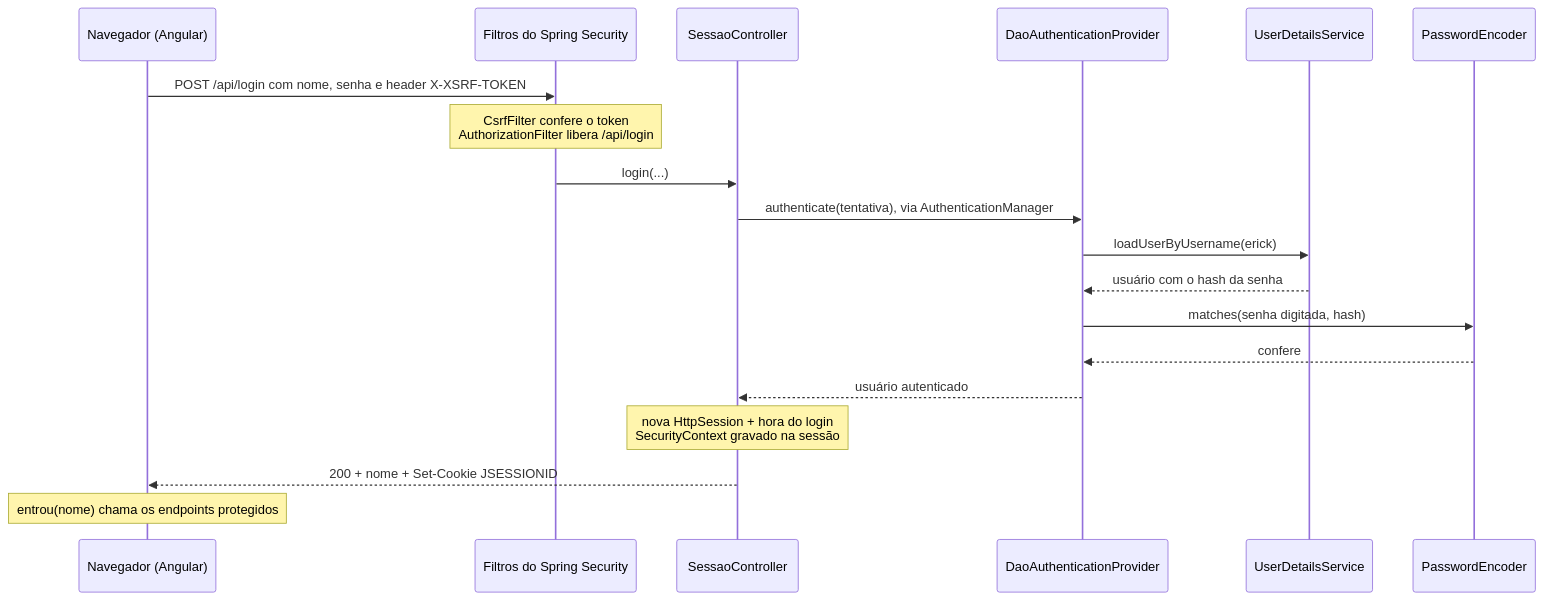
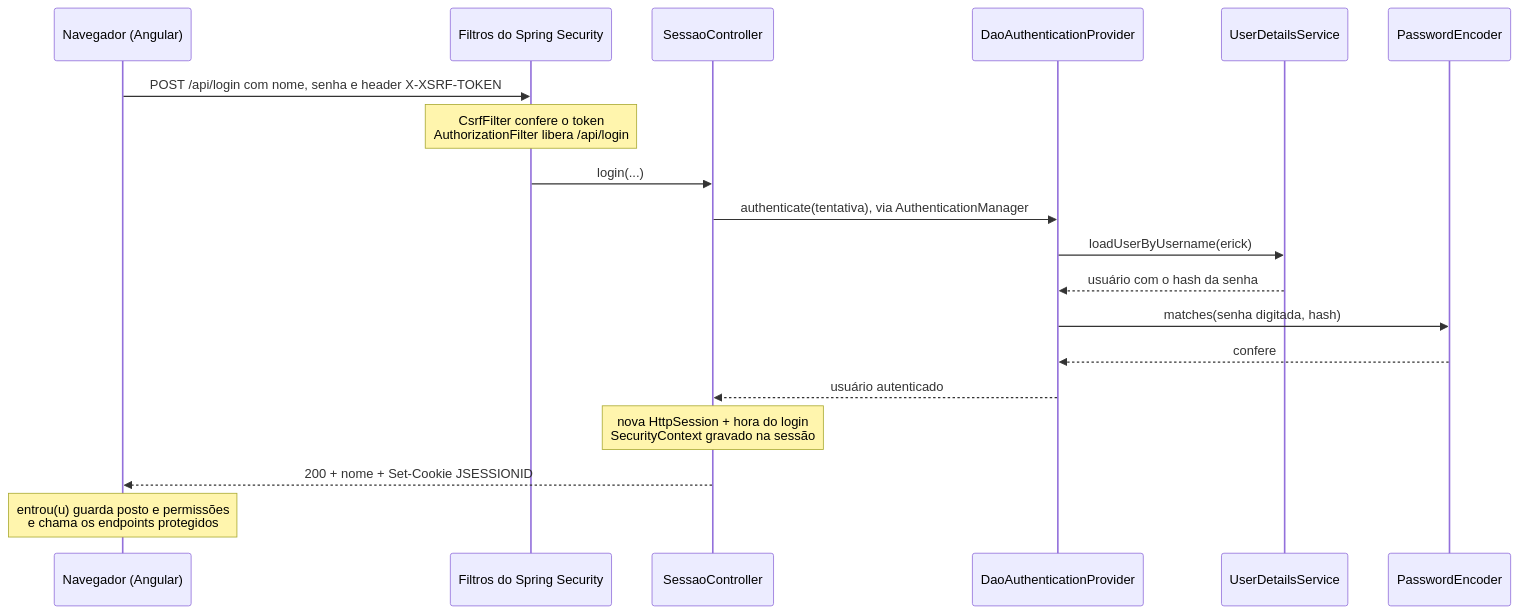
The fifth of 7 diagrams in CURSO.md (erickdeoliveiraleal/hello-angular), drawn with Mermaid before and after one commit. The commit also changed other lines of this file and 9 other files, not shown here.

First line of the commit message:
Posto de trabalho e permissões

````diff
--- a/CURSO.md
+++ b/CURSO.md
@@ -975,21 +1108,21 @@
 ```mermaid
 sequenceDiagram
     participant N as Navegador (Angular)
     participant F as Filtros do Spring Security
     participant C as SessaoController
     participant M as DaoAuthenticationProvider
     participant U as UserDetailsService
     participant E as PasswordEncoder
     N->>F: POST /api/login com nome, senha e header X-XSRF-TOKEN
     Note over F: CsrfFilter confere o token<br/>AuthorizationFilter libera /api/login
     F->>C: login(...)
     C->>M: authenticate(tentativa), via AuthenticationManager
     M->>U: loadUserByUsername(erick)
     U-->>M: usuário com o hash da senha
     M->>E: matches(senha digitada, hash)
     E-->>M: confere
     M-->>C: usuário autenticado
     Note over C: nova HttpSession + hora do login<br/>SecurityContext gravado na sessão
     C-->>N: 200 + nome + Set-Cookie JSESSIONID
-    Note over N: entrou(nome) chama os endpoints protegidos
+    Note over N: entrou(u) guarda posto e permissões<br/>e chama os endpoints protegidos
 ```
````
